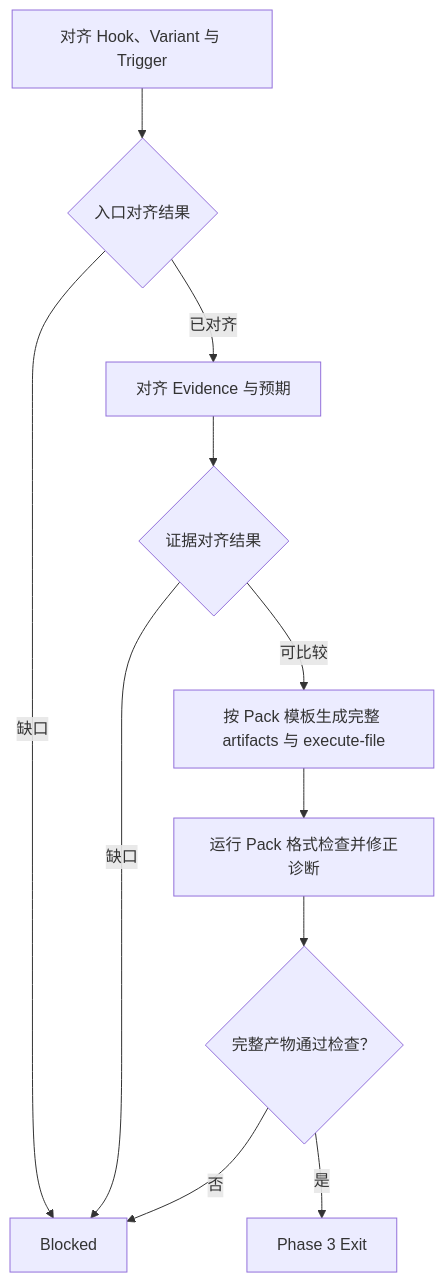
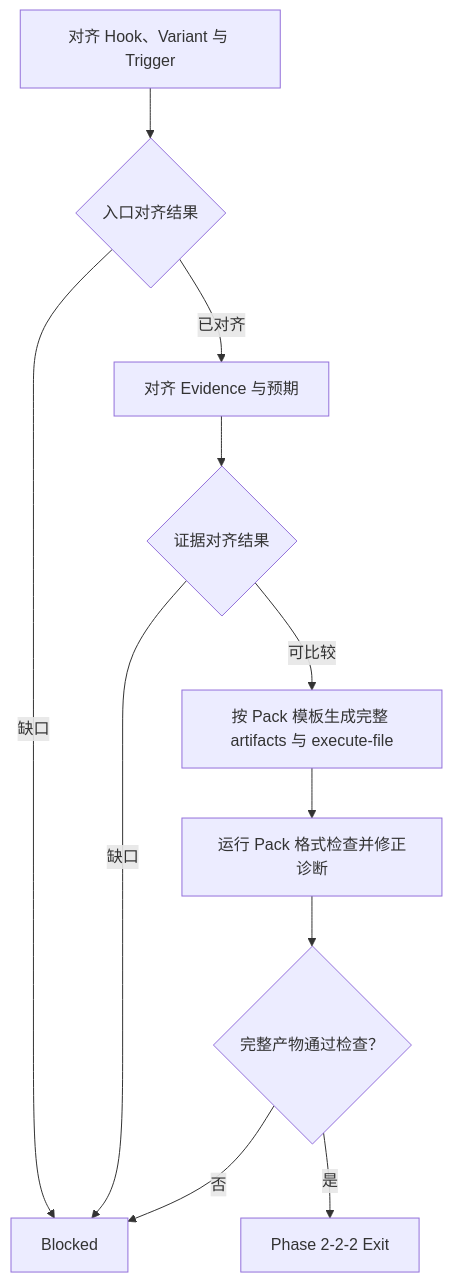
One commit to daihothot/scout changed the seventh of 11 diagrams in assets/scout/skills/domain-rbt-executor/SKILL.md. Above: the diagram before and after it, drawn with Mermaid. The commit also changed other lines of this file and 2 other files, not shown here.

````diff
--- a/assets/scout/skills/domain-rbt-executor/SKILL.md
+++ b/assets/scout/skills/domain-rbt-executor/SKILL.md
@@ -202,13 +319,13 @@
 ```mermaid
 flowchart TD
   A["对齐 Hook、Variant 与 Trigger"] --> B{"入口对齐结果"}
   B -- 缺口 --> X["Blocked"]
   B -- 已对齐 --> C["对齐 Evidence 与预期"]
   C --> D{"证据对齐结果"}
   D -- 缺口 --> X
   D -- 可比较 --> E["按 Pack 模板生成完整 artifacts 与 execute-file"]
   E --> F["运行 Pack 格式检查并修正诊断"]
   F --> G{"完整产物通过检查？"}
   G -- 否 --> X
-  G -- 是 --> H["Phase 3 Exit"]
+  G -- 是 --> H["Phase 2-2-2 Exit"]
 ```
````
